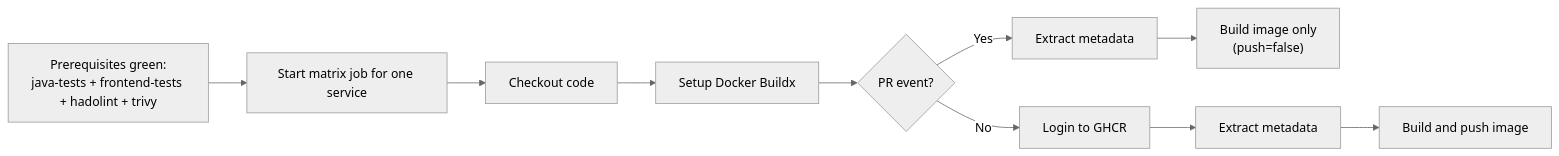
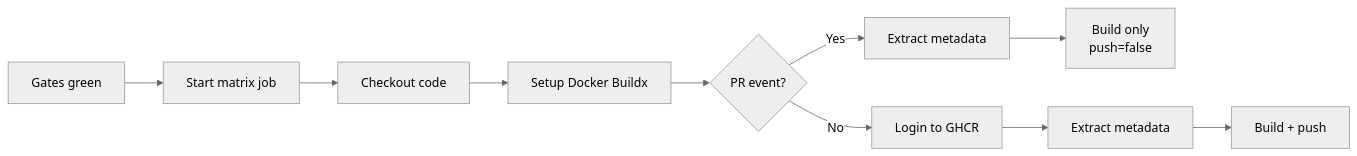
One commit to ClementV78/CloudRadar changed the second of 2 diagrams in docs/runbooks/ci-cd/ci-app.md. Above: the diagram before and after it, drawn with Mermaid (neutral theme). The commit also changed other lines of this file, not shown here.

First line of the commit message:
docs(ci): compact pipeline diagrams for readability

````diff
--- a/docs/runbooks/ci-cd/ci-app.md
+++ b/docs/runbooks/ci-cd/ci-app.md
@@ -276,12 +276,12 @@
 ```mermaid
 flowchart LR
-  P["Prerequisites green:<br/>java-tests + frontend-tests + hadolint + trivy"] --> S["Start matrix job for one service"]
+  P["Gates green"] --> S["Start matrix job"]
   S --> C["Checkout code"]
   C --> BX["Setup Docker Buildx"]
   BX --> L{"PR event?"}
   L -->|"Yes"| M1["Extract metadata"]
-  M1 --> D1["Build image only<br/>(push=false)"]
+  M1 --> D1["Build only<br/>push=false"]
   L -->|"No"| LG["Login to GHCR"]
   LG --> M2["Extract metadata"]
-  M2 --> D2["Build and push image"]
+  M2 --> D2["Build + push"]
 ```
````
